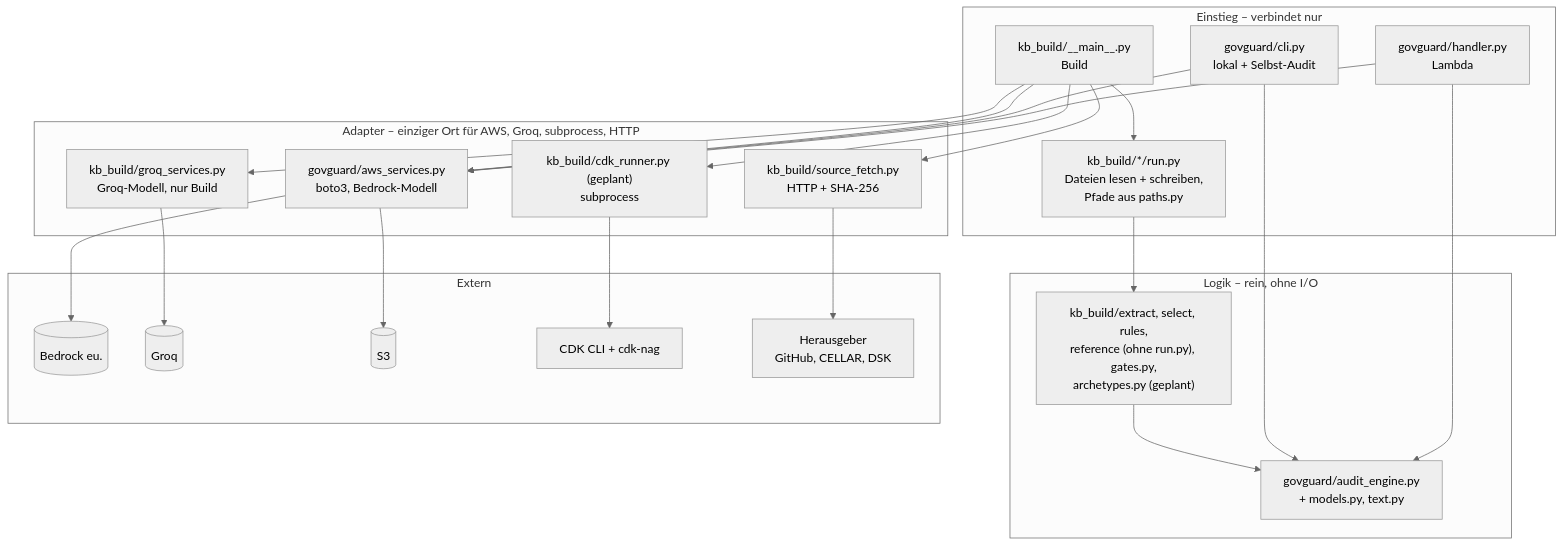
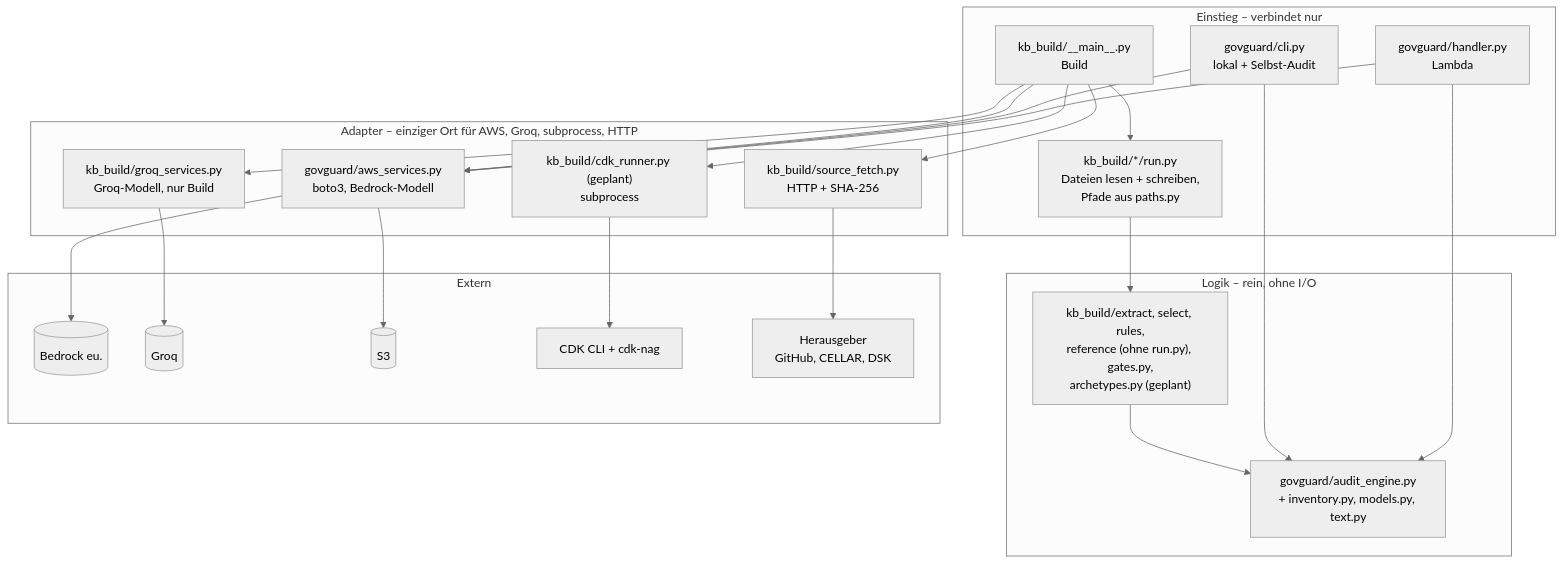
The fourth of 4 diagrams in docs/ARCHITECTURE.md (Daniel74/GovGuard), drawn with Mermaid (neutral theme) before and after one commit. The commit also changed 8 other files, not shown here.

Commit message:
#14 Audit-Engine: Ressourceninventar und parallele Pakete - implementiert

````diff
--- a/docs/ARCHITECTURE.md
+++ b/docs/ARCHITECTURE.md
@@ -257,35 +257,35 @@
 ```mermaid
 flowchart TB
   subgraph E["Einstieg – verbindet nur"]
     H["govguard/handler.py<br/>Lambda"]
     C["govguard/cli.py<br/>lokal + Selbst-Audit"]
     M["kb_build/__main__.py<br/>Build"]
     R["kb_build/*/run.py<br/>Dateien lesen + schreiben,<br/>Pfade aus paths.py"]
   end
   subgraph L["Logik – rein, ohne I/O"]
-    AE["govguard/audit_engine.py<br/>+ models.py, text.py"]
+    AE["govguard/audit_engine.py<br/>+ inventory.py, models.py, text.py"]
     KB["kb_build/extract, select, rules,<br/>reference (ohne run.py), gates.py,<br/>archetypes.py (geplant)"]
   end
   subgraph A["Adapter – einziger Ort für AWS, Groq, subprocess, HTTP"]
     AWS["govguard/aws_services.py<br/>boto3, Bedrock-Modell"]
     GQ["kb_build/groq_services.py<br/>Groq-Modell, nur Build"]
     CDK["kb_build/cdk_runner.py (geplant)<br/>subprocess"]
     FE["kb_build/source_fetch.py<br/>HTTP + SHA-256"]
   end
   subgraph X["Extern"]
     B[("Bedrock eu.")]
     G[("Groq")]
     S3[("S3")]
     CL["CDK CLI + cdk-nag"]
     HG["Herausgeber<br/>GitHub, CELLAR, DSK"]
   end
   H & C --> AE
   H & C --> AWS
   M --> R --> KB
   M --> AWS & GQ & CDK & FE
   KB --> AE
   AWS --> B & S3
   GQ --> G
   CDK --> CL
   FE --> HG
 ```
````
